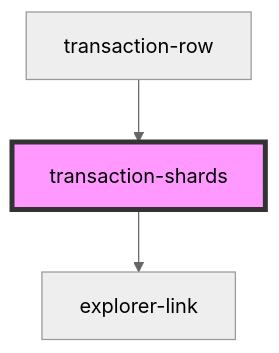
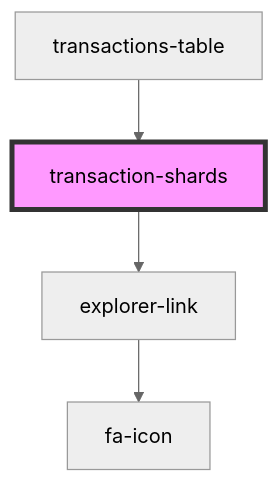
The diagram in src/components/transactions-table/components/transaction-shards/readme.md (multiversx/mx-sdk-dapp-ui), drawn with Mermaid (neutral theme) before and after one commit. The commit also changed other lines of this file and 54 other files, not shown here.

Commit message:
Added transactions table styling

````diff
--- a/src/components/transactions-table/components/transaction-shards/readme.md
+++ b/src/components/transactions-table/components/transaction-shards/readme.md
@@ -27,6 +27,7 @@
 ```mermaid
 graph TD;
   transaction-shards --> explorer-link
-  transaction-row --> transaction-shards
+  explorer-link --> fa-icon
+  transactions-table --> transaction-shards
   style transaction-shards fill:#f9f,stroke:#333,stroke-width:4px
 ```
````
